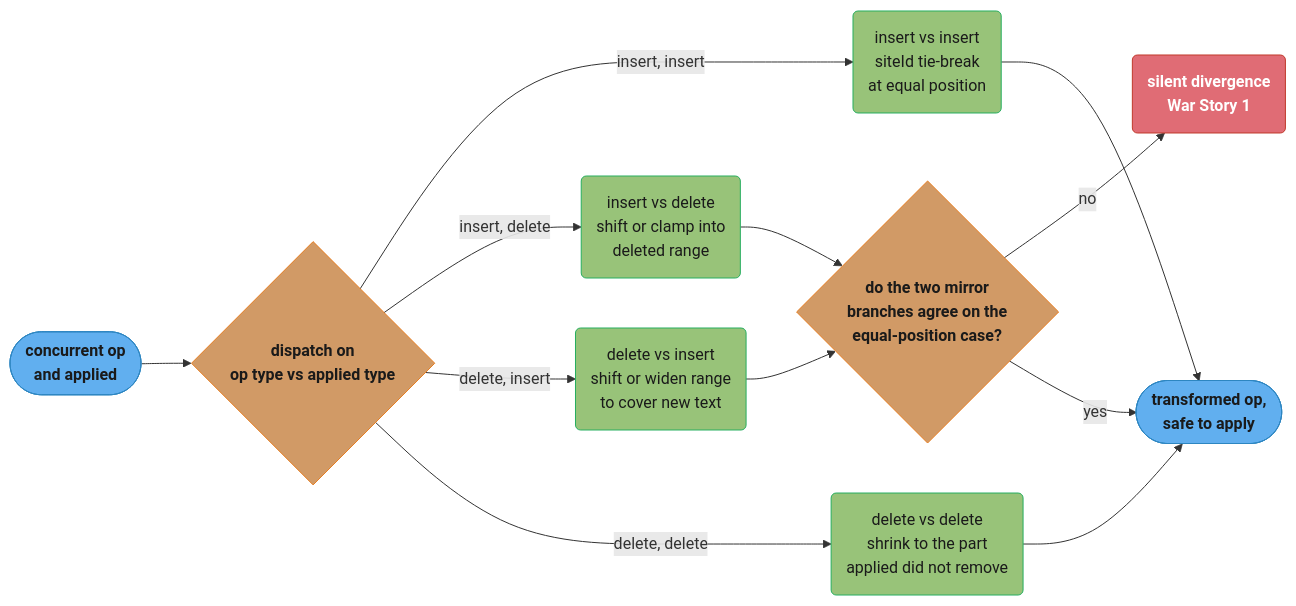
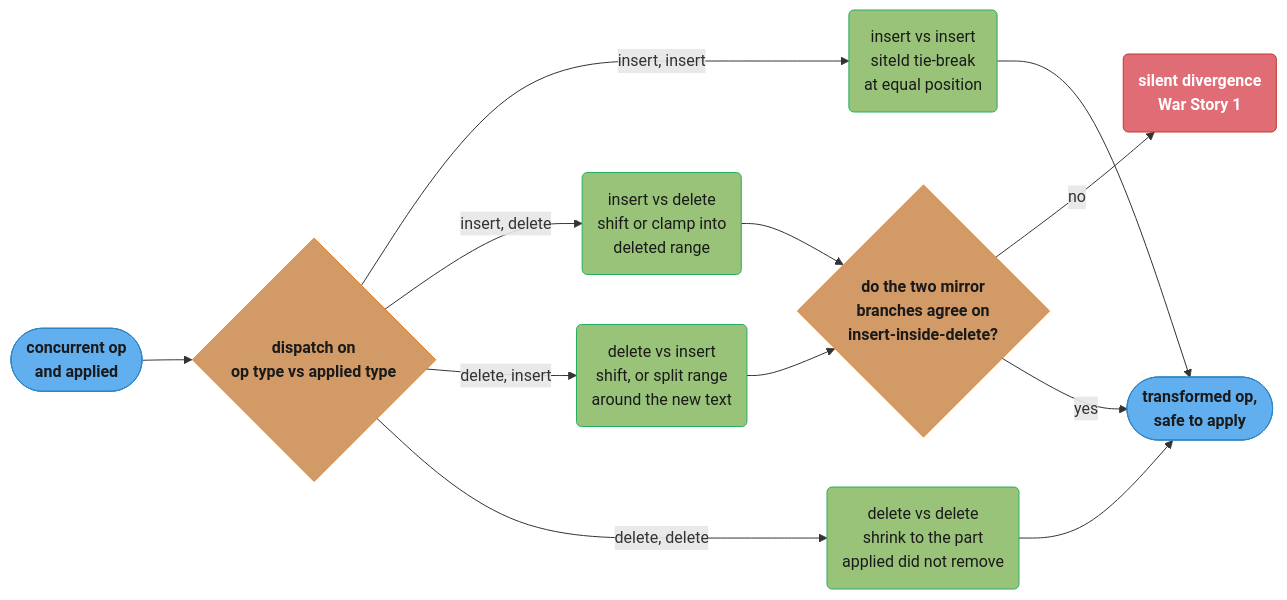
The third of 6 diagrams in src/main/java/com/rutik/systemdesign/hld/case_studies/design_google_docs.md (rppol/system-design), drawn with Mermaid before and after one commit. The commit also changed other lines of this file and 4 other files, not shown here.

````diff
--- a/src/main/java/com/rutik/systemdesign/hld/case_studies/design_google_docs.md
+++ b/src/main/java/com/rutik/systemdesign/hld/case_studies/design_google_docs.md
@@ -303,42 +316,42 @@
 ```mermaid
 flowchart LR
     classDef io      fill:#61afef,stroke:#2e86c1,color:#1a1a1a,font-weight:bold
     classDef frozen  fill:#c678dd,stroke:#9b59b6,color:#fff
     classDef train   fill:#98c379,stroke:#27ae60,color:#1a1a1a
     classDef mathOp  fill:#d19a66,stroke:#e67e22,color:#1a1a1a,font-weight:bold
     classDef lossN   fill:#e06c75,stroke:#c0392b,color:#fff,font-weight:bold
     classDef req     fill:#56b6c2,stroke:#0097a7,color:#1a1a1a
     classDef base    fill:#e5c07b,stroke:#f39c12,color:#1a1a1a
 
     Pair(["concurrent op<br/>and applied"])
     Dispatch{"dispatch on<br/>op type vs applied type"}
     InsIns("insert vs insert<br/>siteId tie-break<br/>at equal position")
     InsDel("insert vs delete<br/>shift or clamp into<br/>deleted range")
-    DelIns("delete vs insert<br/>shift or widen range<br/>to cover new text")
+    DelIns("delete vs insert<br/>shift, or split range<br/>around the new text")
     DelDel("delete vs delete<br/>shrink to the part<br/>applied did not remove")
-    Mirror{"do the two mirror<br/>branches agree on the<br/>equal-position case?"}
+    Mirror{"do the two mirror<br/>branches agree on<br/>insert-inside-delete?"}
     Bug("silent divergence<br/>War Story 1")
     Safe(["transformed op,<br/>safe to apply"])
 
     Pair --> Dispatch
     Dispatch -->|"insert, insert"| InsIns
     Dispatch -->|"insert, delete"| InsDel
     Dispatch -->|"delete, insert"| DelIns
     Dispatch -->|"delete, delete"| DelDel
     InsDel --> Mirror
     DelIns --> Mirror
     Mirror -->|"no"| Bug
     Mirror -->|"yes"| Safe
     InsIns --> Safe
     DelDel --> Safe
 
     class Pair io
     class Dispatch mathOp
     class InsIns train
     class InsDel train
     class DelIns train
     class DelDel train
     class Mirror mathOp
     class Bug lossN
     class Safe io
 ```
````
